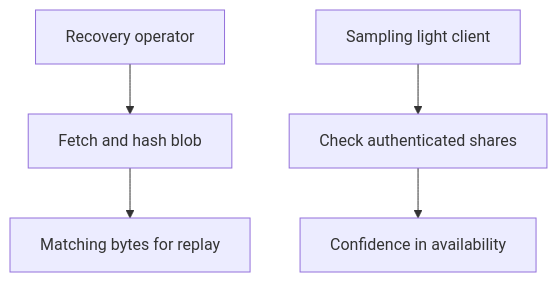
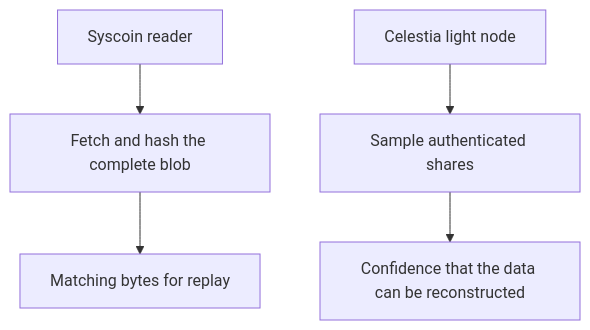
The diagram in docs/architecture/comparison.mdx (syscoin/sys-docs), drawn with Mermaid before and after one commit. The commit also changed other lines of this file and 1 other file, not shown here.

Commit message:
Distinguish Syscoin blob checks from DA sampling

````diff
--- a/docs/architecture/comparison.mdx
+++ b/docs/architecture/comparison.mdx
@@ -73,9 +73,9 @@
 ```mermaid
 flowchart TB
     accTitle: Two readers checking data availability
-    accDescr: A recovery operator fetches and hashes the complete blob to replay it. A sampling light client checks authenticated shares to gain confidence in availability.
-    A["Recovery operator"] --> B["Fetch and hash blob"]
+    accDescr: A Syscoin reader fetches and hashes the complete blob. A Celestia light node samples authenticated shares to gain confidence that the block data can be reconstructed.
+    A["Syscoin reader"] --> B["Fetch and hash the complete blob"]
     B --> C["Matching bytes for replay"]
-    D["Sampling light client"] --> E["Check authenticated shares"]
-    E --> F["Confidence in availability"]
+    D["Celestia light node"] --> E["Sample authenticated shares"]
+    E --> F["Confidence that the data can be reconstructed"]
 ```
````
